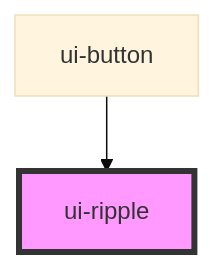
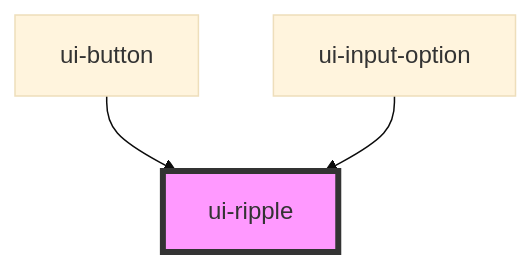
One commit to shahzad1970/psycho-ui changed the diagram in src/components/ui-ripple/readme.md. Above: the diagram before and after it, drawn with Mermaid (base theme). The commit also changed other lines of this file and 46 other files, not shown here.

````diff
--- a/src/components/ui-ripple/readme.md
+++ b/src/components/ui-ripple/readme.md
@@ -28,5 +29,6 @@
 ```mermaid
 graph TD;
   ui-button --> ui-ripple
+  ui-input-option --> ui-ripple
   style ui-ripple fill:#f9f,stroke:#333,stroke-width:4px
 ```
````
